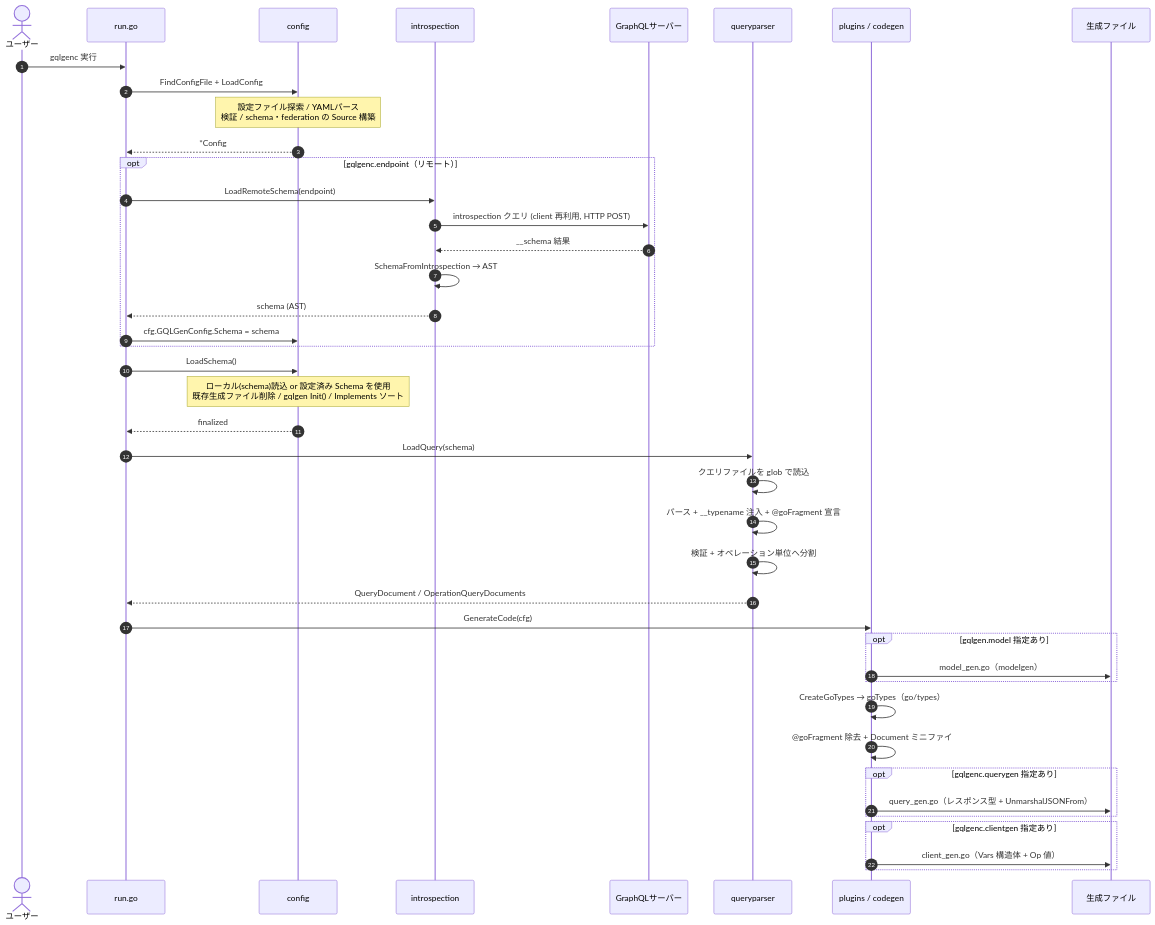
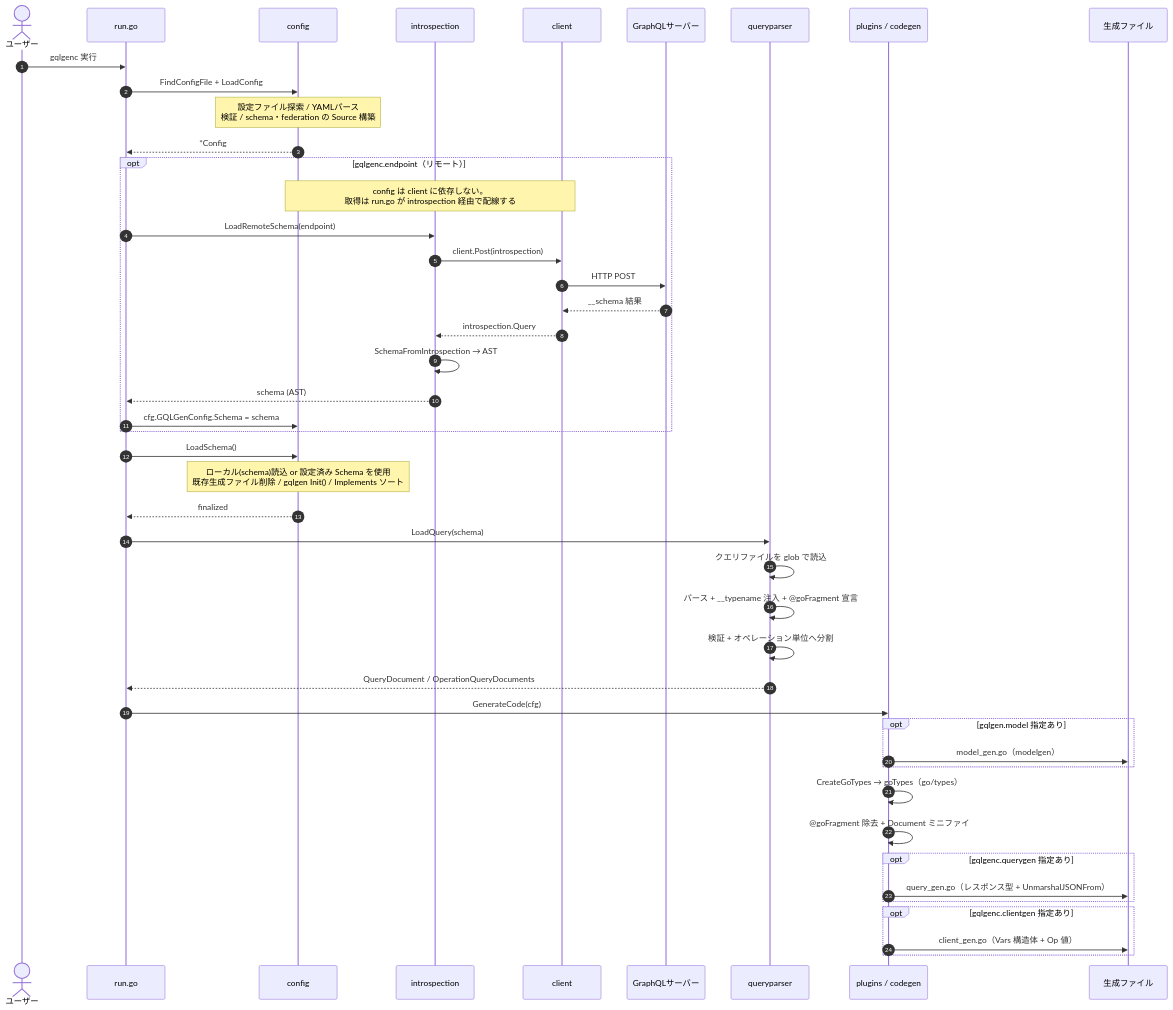
One commit to gqlgo/gqlgenc changed the first of 2 diagrams in README.md. Above: the diagram before and after it, drawn with Mermaid.

Commit message:
docs: show client participant in the code-generation sequence diagram
Make the introspection dependency explicit in the diagram: the remote
schema fetch flows run.go -> introspection -> client -> server, with a note
that config does not depend on client. This reflects the dependency
inversion introduced when decoupling config from the client package.

````diff
--- a/README.md
+++ b/README.md
@@ -400,49 +400,53 @@
 ```mermaid
 sequenceDiagram
     autonumber
     actor U as ユーザー
     participant run as run.go
     participant cfg as config
     participant intro as introspection
+    participant cl as client
     participant srv as GraphQLサーバー
     participant qp as queryparser
     participant gen as plugins / codegen
     participant out as 生成ファイル
 
     U->>run: gqlgenc 実行
     run->>cfg: FindConfigFile + LoadConfig
     Note over cfg: 設定ファイル探索 / YAMLパース<br/>検証 / schema・federation の Source 構築
     cfg-->>run: *Config
 
     opt gqlgenc.endpoint（リモート）
+        Note over cfg,cl: config は client に依存しない。<br/>取得は run.go が introspection 経由で配線する
         run->>intro: LoadRemoteSchema(endpoint)
-        intro->>srv: introspection クエリ (client 再利用, HTTP POST)
-        srv-->>intro: __schema 結果
+        intro->>cl: client.Post(introspection)
+        cl->>srv: HTTP POST
+        srv-->>cl: __schema 結果
+        cl-->>intro: introspection.Query
         intro->>intro: SchemaFromIntrospection → AST
         intro-->>run: schema (AST)
         run->>cfg: cfg.GQLGenConfig.Schema = schema
     end
 
     run->>cfg: LoadSchema()
     Note over cfg: ローカル(schema)読込 or 設定済み Schema を使用<br/>既存生成ファイル削除 / gqlgen Init() / Implements ソート
     cfg-->>run: finalized
 
     run->>qp: LoadQuery(schema)
     qp->>qp: クエリファイルを glob で読込
     qp->>qp: パース + __typename 注入 + @goFragment 宣言
     qp->>qp: 検証 + オペレーション単位へ分割
     qp-->>run: QueryDocument / OperationQueryDocuments
 
     run->>gen: GenerateCode(cfg)
     opt gqlgen.model 指定あり
         gen->>out: model_gen.go（modelgen）
     end
     gen->>gen: CreateGoTypes → goTypes（go/types）
     gen->>gen: @goFragment 除去 + Document ミニファイ
     opt gqlgenc.querygen 指定あり
         gen->>out: query_gen.go（レスポンス型 + UnmarshalJSONFrom）
     end
     opt gqlgenc.clientgen 指定あり
         gen->>out: client_gen.go（Vars 構造体 + Op 値）
     end
 ```
````
